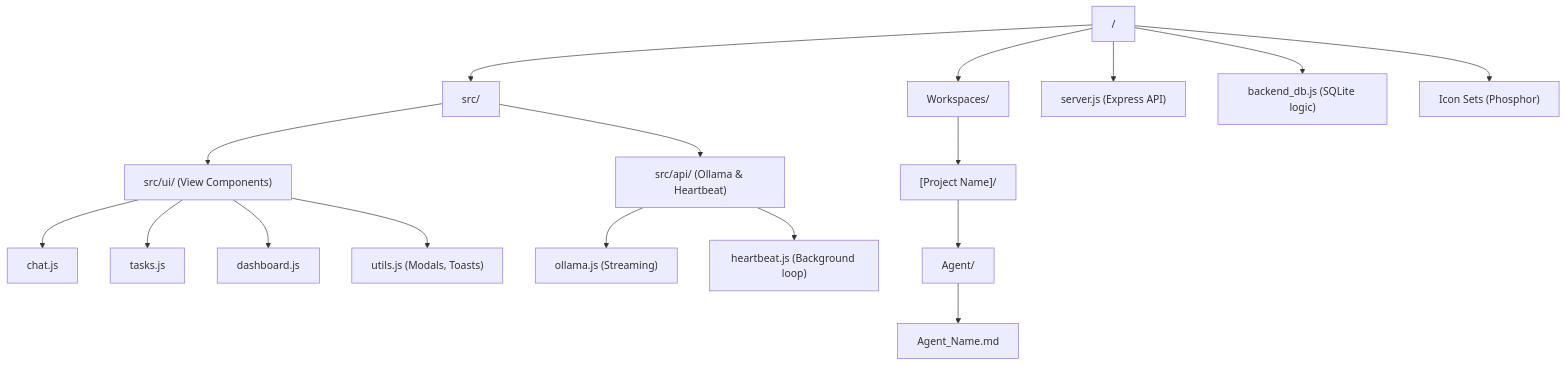
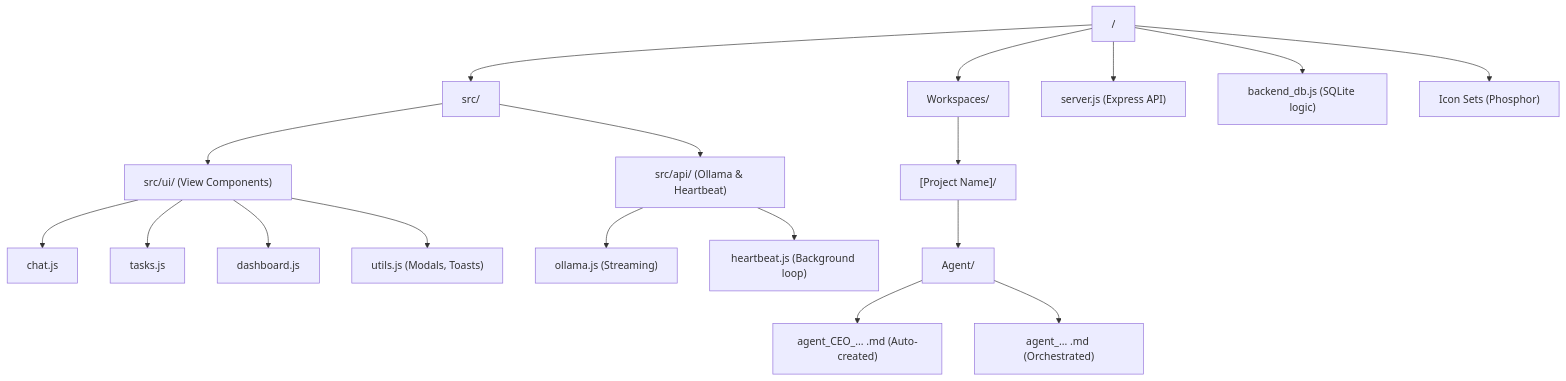
Before and after one commit to CBS9564/OllamaClip: the first of 2 diagrams in ARCHITECTURE.md, drawn with Mermaid. The commit also changed other lines of this file and 7 other files, not shown here.

Commit message:
feat: Implement CEO auto-creation, [AGENT_CREATE] tool, and Task Tail locking system

````diff
--- a/ARCHITECTURE.md
+++ b/ARCHITECTURE.md
@@ -9,23 +9,24 @@
 ```mermaid
 graph TD
     Root["/"] --> Src["src/"]
     Root --> Workspaces["Workspaces/"]
     Root --> ServerJS["server.js (Express API)"]
     Root --> DBJS["backend_db.js (SQLite logic)"]
     Root --> Icons["Icon Sets (Phosphor)"]
 
     Src --> UI["src/ui/ (View Components)"]
     Src --> API["src/api/ (Ollama & Heartbeat)"]
 
     UI --> Chat["chat.js"]
     UI --> Tasks["tasks.js"]
     UI --> Dashboard["dashboard.js"]
     UI --> Utils["utils.js (Modals, Toasts)"]
 
     API --> Ollama["ollama.js (Streaming)"]
     API --> Heartbeat["heartbeat.js (Background loop)"]
 
     Workspaces --> ProjectA["[Project Name]/"]
     ProjectA --> AgentDir["Agent/"]
-    AgentDir --> AgentMD["Agent_Name.md"]
+    AgentDir --> CEOAgent["agent_CEO_... .md (Auto-created)"]
+    AgentDir --> SubAgents["agent_... .md (Orchestrated)"]
 ```
````
